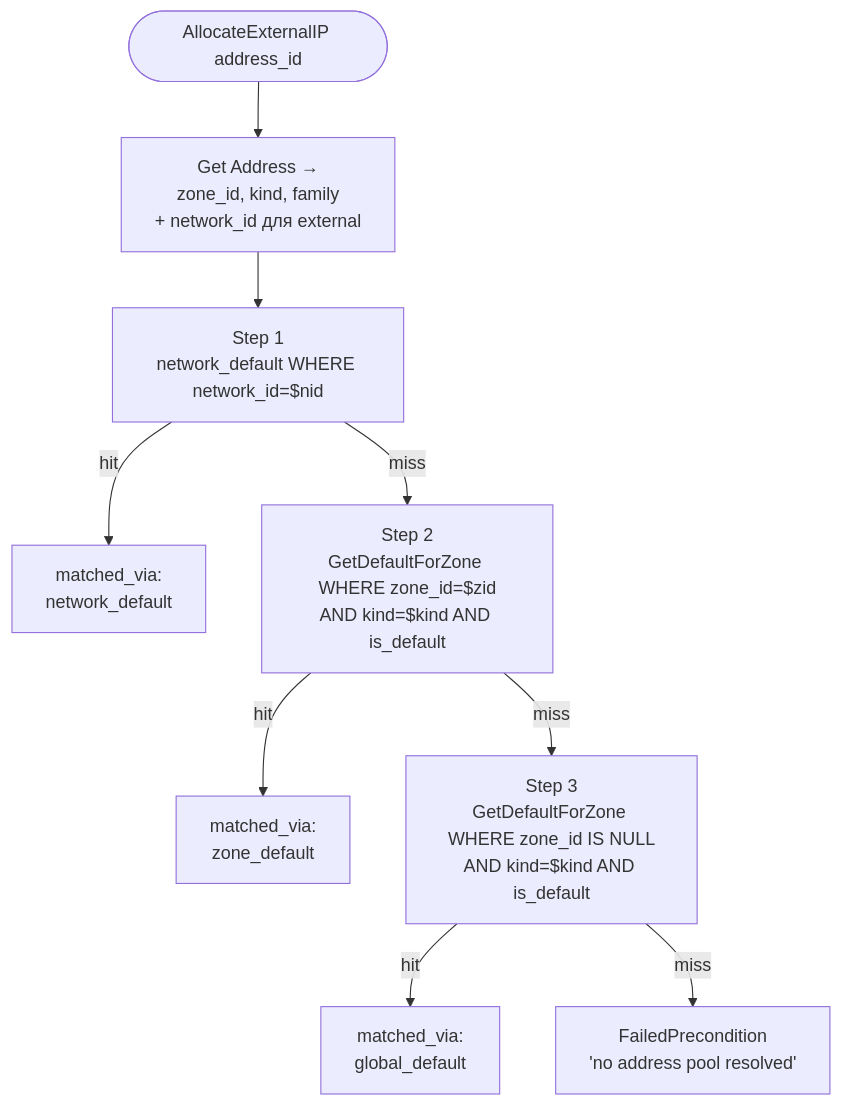
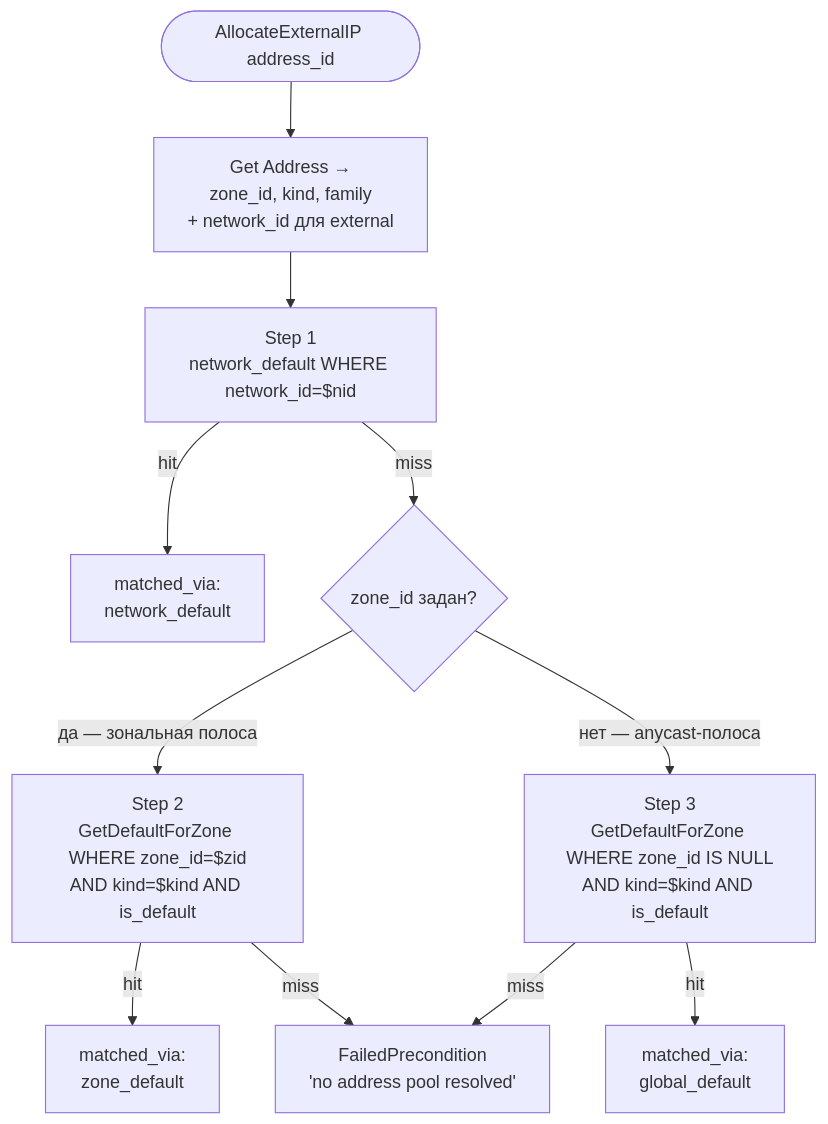
One commit to PRO-Robotech/kacho changed the second of 2 diagrams in services/vpc/docs/architecture/03-ipam.md. Above: the diagram before and after it, drawn with Mermaid. The commit also changed other lines of this file and 39 other files, not shown here.

````diff
--- a/services/vpc/docs/architecture/03-ipam.md
+++ b/services/vpc/docs/architecture/03-ipam.md
@@ -76,14 +91,17 @@
 ```mermaid
 flowchart TD
   Start([AllocateExternalIP address_id]) --> Fetch[Get Address →<br/>zone_id, kind, family<br/>+ network_id для external]
   Fetch --> S1
 
   S1[Step 1<br/>network_default WHERE network_id=$nid] -->|hit| Return1[matched_via:<br/>network_default]
-  S1 -->|miss| S2
+  S1 -->|miss| Lane{zone_id задан?}
+
+  Lane -->|да — зональная полоса| S2
+  Lane -->|нет — anycast-полоса| S3
 
   S2[Step 2<br/>GetDefaultForZone WHERE zone_id=$zid<br/>AND kind=$kind AND is_default] -->|hit| Return2[matched_via:<br/>zone_default]
-  S2 -->|miss| S3
+  S2 -->|miss| Fail
 
   S3[Step 3<br/>GetDefaultForZone WHERE zone_id IS NULL<br/>AND kind=$kind AND is_default] -->|hit| Return3[matched_via:<br/>global_default]
   S3 -->|miss| Fail[FailedPrecondition<br/>'no address pool resolved']
 ```
````
